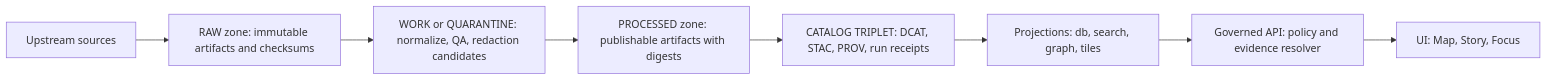
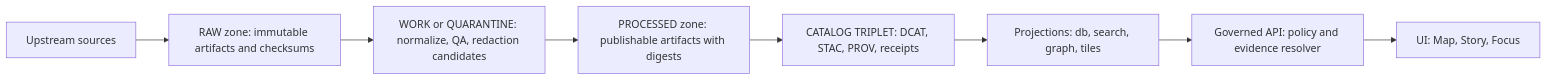
One commit to bartytime4life/Kansas-Frontier-Matrix changed the second of 3 diagrams in tools/README.md. Above: the diagram before and after it, drawn with Mermaid. The commit also changed other lines of this file, not shown here.

````diff
--- a/tools/README.md
+++ b/tools/README.md
@@ -173,10 +234,10 @@
 ```mermaid
 flowchart LR
   U[Upstream sources] --> RAW[RAW zone: immutable artifacts and checksums]
   RAW --> WORK[WORK or QUARANTINE: normalize, QA, redaction candidates]
   WORK --> PROC[PROCESSED zone: publishable artifacts with digests]
-  PROC --> CAT[CATALOG TRIPLET: DCAT, STAC, PROV, run receipts]
+  PROC --> CAT[CATALOG TRIPLET: DCAT, STAC, PROV, receipts]
   CAT --> PROJ[Projections: db, search, graph, tiles]
   PROJ --> API[Governed API: policy and evidence resolver]
   API --> UI[UI: Map, Story, Focus]
 ```
````
